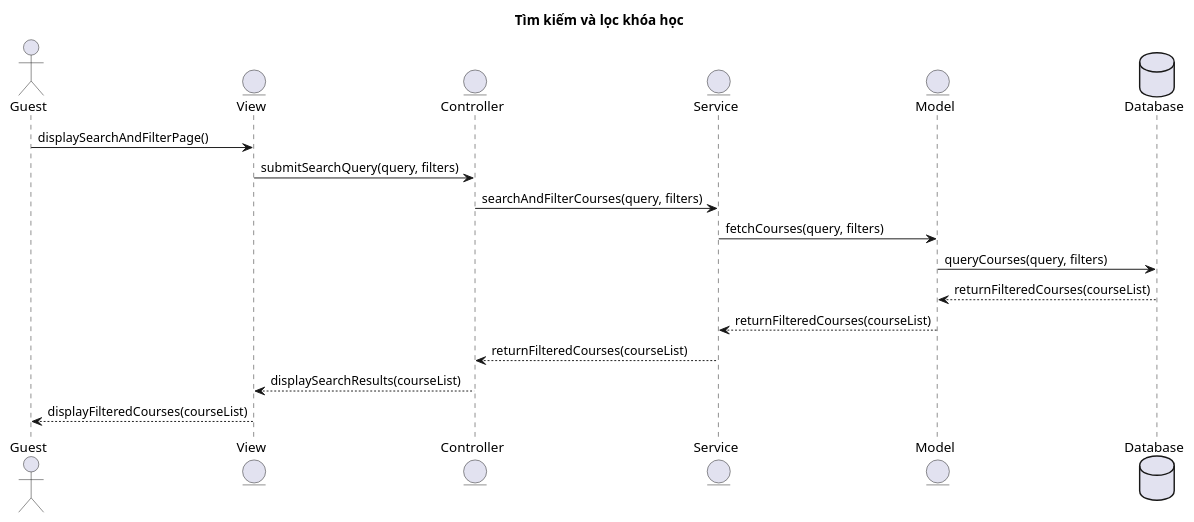
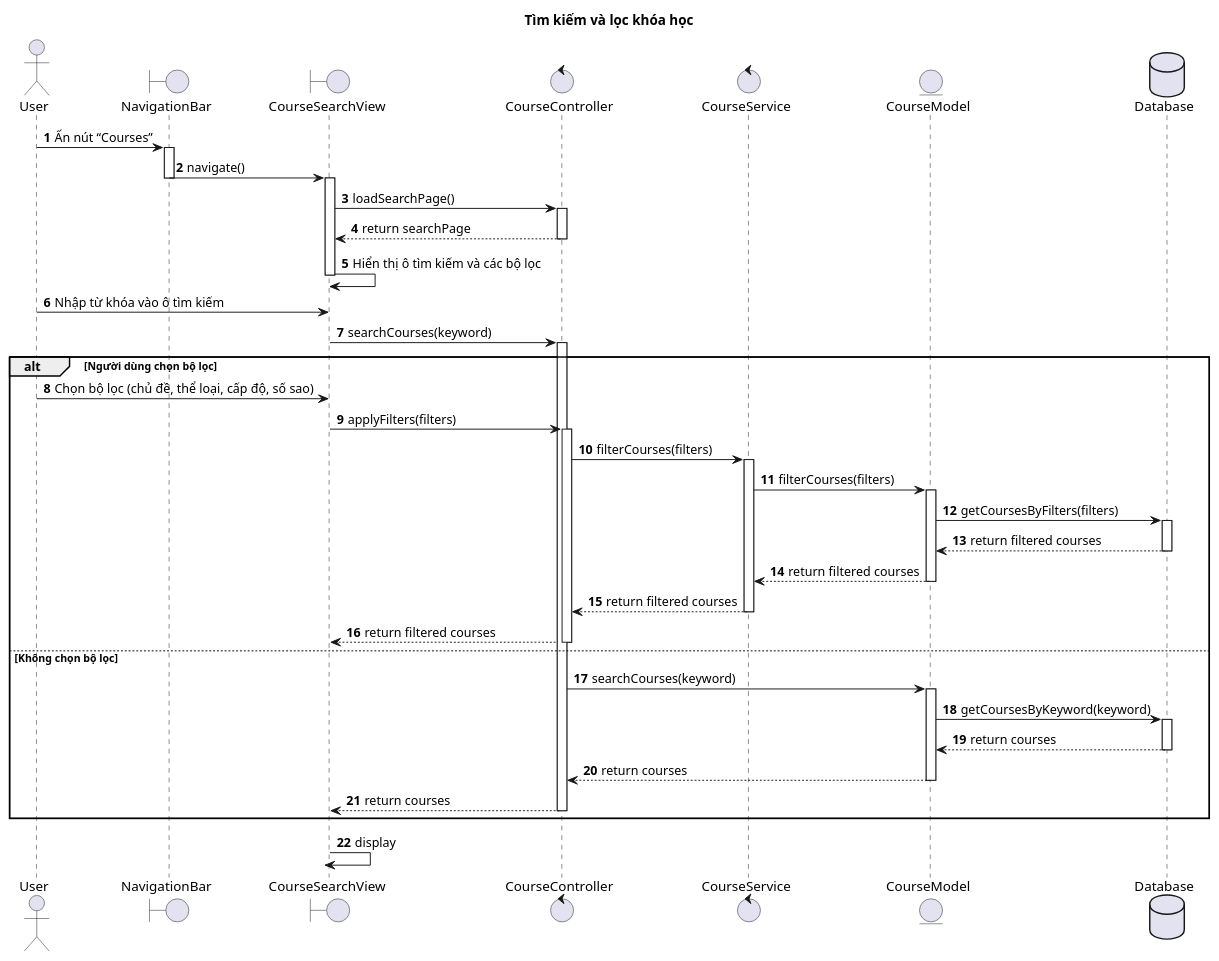
Before and after one commit to UniversityWeb/easy-english-be: the diagram in sequence-diagram/UC_005 Tìm kiếm và lọc khóa học.puml, drawn with PlantUML. The commit also changed 13 other files, not shown here.

```diff
--- a/sequence-diagram/UC_005 Tìm kiếm và lọc khóa học.puml
+++ b/sequence-diagram/UC_005 Tìm kiếm và lọc khóa học.puml
@@ -1,22 +1,65 @@
 @startuml
 title Tìm kiếm và lọc khóa học
 
-actor Guest
-entity View
-entity Controller
-entity Service
-entity Model
+autonumber
+
+actor User
+boundary NavigationBar
+boundary CourseSearchView
+control CourseController
+control CourseService
+entity CourseModel
 database Database
 
-Guest -> View : displaySearchAndFilterPage()
-View -> Controller : submitSearchQuery(query, filters)
-Controller -> Service : searchAndFilterCourses(query, filters)
-Service -> Model : fetchCourses(query, filters)
-Model -> Database : queryCourses(query, filters)
-Database --> Model : returnFilteredCourses(courseList)
-Model --> Service : returnFilteredCourses(courseList)
-Service --> Controller : returnFilteredCourses(courseList)
-Controller --> View : displaySearchResults(courseList)
-View --> Guest : displayFilteredCourses(courseList)
+User -> NavigationBar : Ấn nút “Courses”
+activate NavigationBar
+NavigationBar -> CourseSearchView : navigate()
+deactivate NavigationBar
+activate CourseSearchView
+
+CourseSearchView -> CourseController : loadSearchPage()
+activate CourseController
+CourseController --> CourseSearchView : return searchPage
+deactivate CourseController
+CourseSearchView -> CourseSearchView : Hiển thị ô tìm kiếm và các bộ lọc
+deactivate CourseSearchView
+
+User -> CourseSearchView : Nhập từ khóa vào ô tìm kiếm
+CourseSearchView -> CourseController : searchCourses(keyword)
+activate CourseController
+
+alt Người dùng chọn bộ lọc
+    User -> CourseSearchView : Chọn bộ lọc (chủ đề, thể loại, cấp độ, số sao)
+    CourseSearchView -> CourseController : applyFilters(filters)
+    activate CourseController
+    CourseController -> CourseService : filterCourses(filters)
+    activate CourseService
+    CourseService -> CourseModel : filterCourses(filters)
+    activate CourseModel
+    CourseModel -> Database : getCoursesByFilters(filters)
+    activate Database
+    Database --> CourseModel : return filtered courses
+    deactivate Database
+    CourseModel --> CourseService : return filtered courses
+    deactivate CourseModel
+    CourseService --> CourseController : return filtered courses
+    deactivate CourseService
+    CourseController --> CourseSearchView : return filtered courses
+    deactivate CourseController
+else Không chọn bộ lọc
+    CourseController -> CourseModel : searchCourses(keyword)
+    activate CourseModel
+    CourseModel -> Database : getCoursesByKeyword(keyword)
+    activate Database
+    Database --> CourseModel : return courses
+    deactivate Database
+    CourseModel --> CourseController : return courses
+    deactivate CourseModel
+    CourseController --> CourseSearchView : return courses
+    deactivate CourseController
+end
+
+CourseSearchView -> CourseSearchView : display
+deactivate CourseSearchView
 
 @enduml
```
